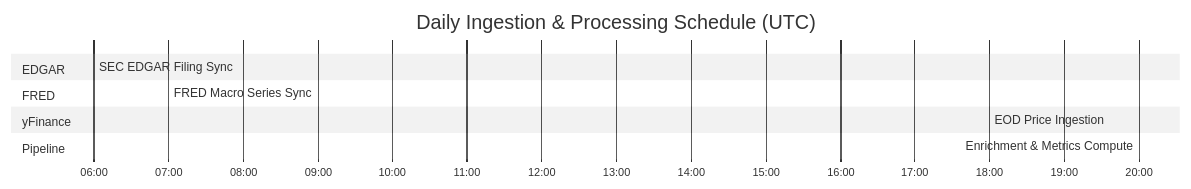
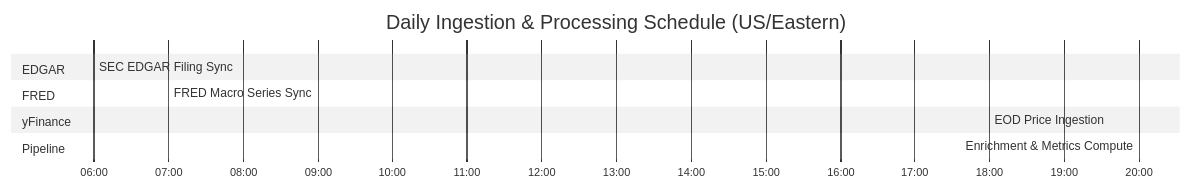
The ninth of 10 diagrams in system-design/architecture.md (shantanumahale/excella), drawn with Mermaid (neutral theme) before and after one commit. The commit also changed other lines of this file and 7 other files, not shown here.

````diff
--- a/system-design/architecture.md
+++ b/system-design/architecture.md
@@ -538,18 +679,18 @@
 ```mermaid
 gantt
-    title Daily Ingestion & Processing Schedule (UTC)
+    title Daily Ingestion & Processing Schedule (US/Eastern)
     dateFormat HH:mm
     axisFormat %H:%M
 
     section EDGAR
     SEC EDGAR Filing Sync           :edgar, 06:00, 60min
 
     section FRED
     FRED Macro Series Sync          :fred, 07:00, 30min
 
     section yFinance
     EOD Price Ingestion             :yfin, 18:00, 45min
 
     section Pipeline
     Enrichment & Metrics Compute    :pipe, 20:00, 90min
 ```
````
